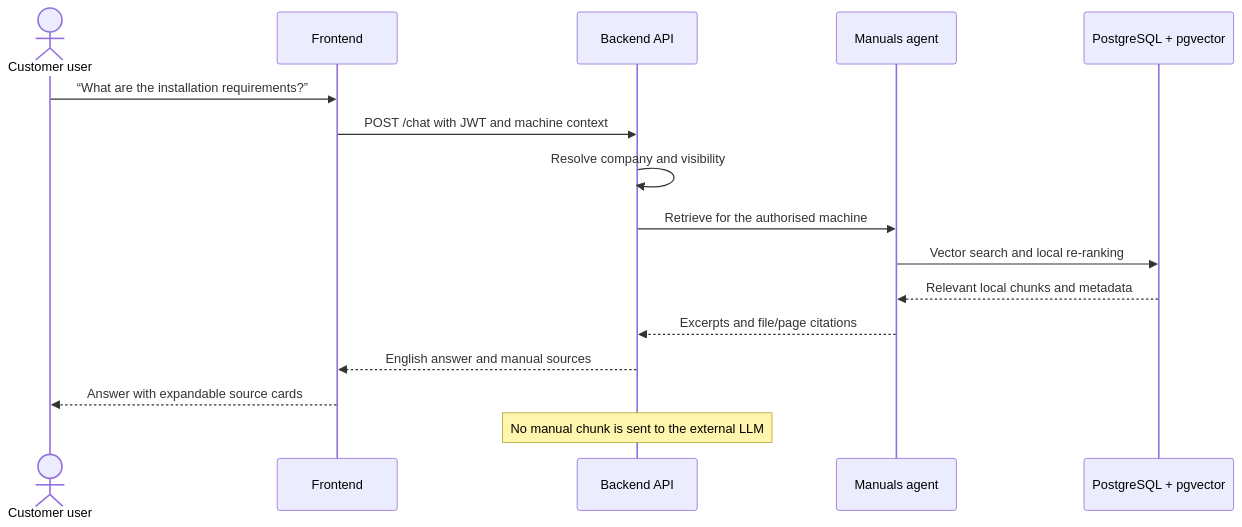
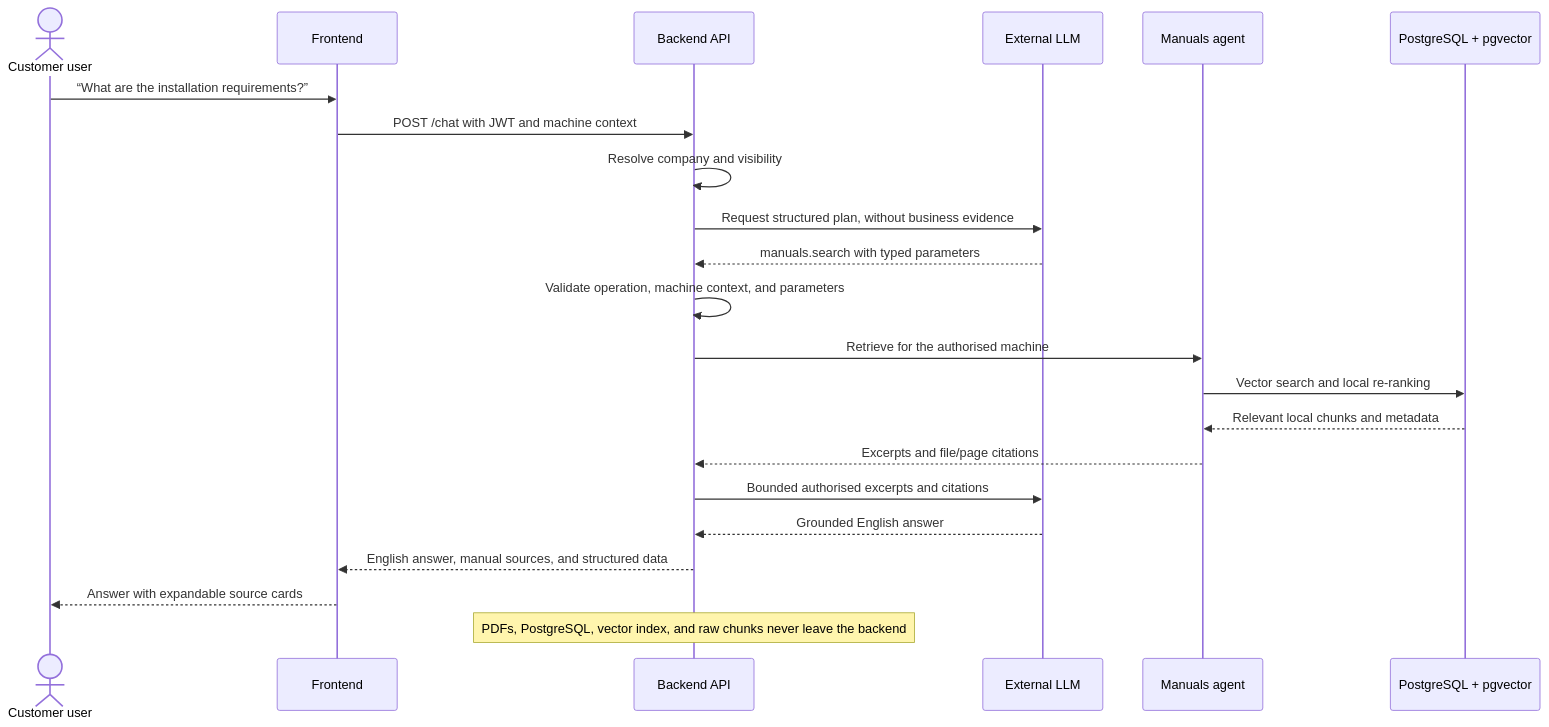
Before and after one commit to alicebucco/arol-project-q2: the second of 3 diagrams in docs/architecture/04-dynamic-flows.md, drawn with Mermaid. The commit also changed other lines of this file and 15 other files, not shown here.

````diff
--- a/docs/architecture/04-dynamic-flows.md
+++ b/docs/architecture/04-dynamic-flows.md
@@ -25,19 +26,25 @@
 ```mermaid
 sequenceDiagram
     actor U as Customer user
     participant FE as Frontend
     participant API as Backend API
+    participant LLM as External LLM
     participant M as Manuals agent
     participant DB as PostgreSQL + pgvector
 
     U->>FE: “What are the installation requirements?”
     FE->>API: POST /chat with JWT and machine context
     API->>API: Resolve company and visibility
+    API->>LLM: Request structured plan, without business evidence
+    LLM-->>API: manuals.search with typed parameters
+    API->>API: Validate operation, machine context, and parameters
     API->>M: Retrieve for the authorised machine
     M->>DB: Vector search and local re-ranking
     DB-->>M: Relevant local chunks and metadata
     M-->>API: Excerpts and file/page citations
-    API-->>FE: English answer and manual sources
+    API->>LLM: Bounded authorised excerpts and citations
+    LLM-->>API: Grounded English answer
+    API-->>FE: English answer, manual sources, and structured data
     FE-->>U: Answer with expandable source cards
-    Note over API: No manual chunk is sent to the external LLM
+    Note over API: PDFs, PostgreSQL, vector index, and raw chunks never leave the backend
 ```
````
